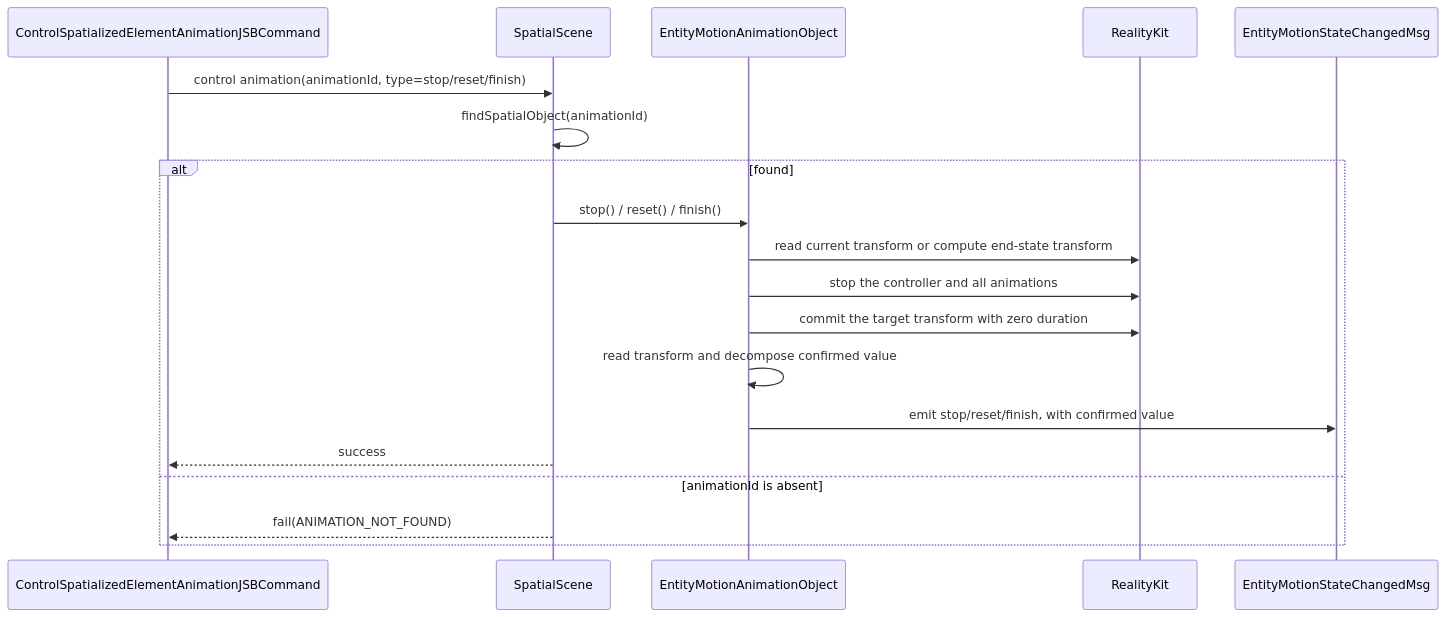
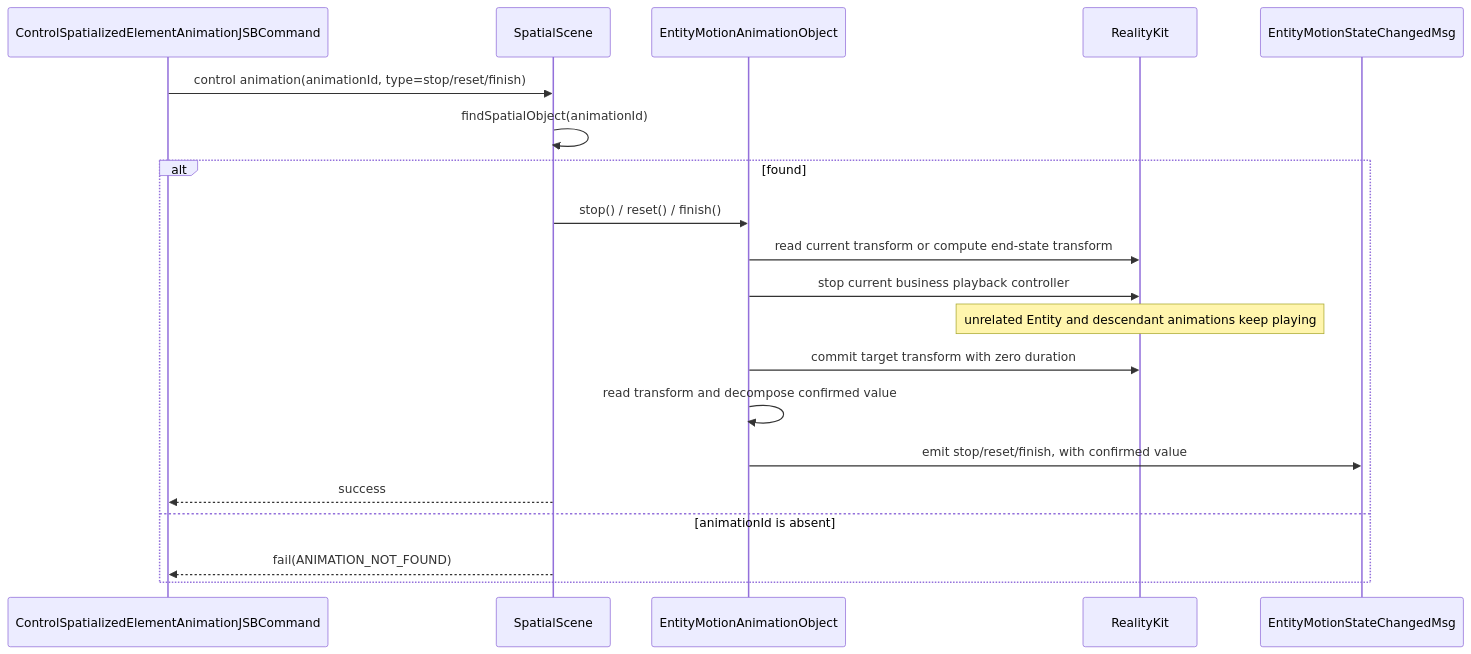
Diagram 13 of 14 in openspec/changes/redesign-entity-motion-api/design.md (webspatial/webspatial-sdk), drawn with Mermaid before and after one commit. The commit also changed other lines of this file and 5 other files, not shown here.

Commit message:
docs(openspec): scope entity motion controller cleanup

````diff
--- a/openspec/changes/redesign-entity-motion-api/design.md
+++ b/openspec/changes/redesign-entity-motion-api/design.md
@@ -1112,22 +1110,23 @@
 ```mermaid
 sequenceDiagram
     participant JSB as ControlSpatializedElementAnimationJSBCommand
     participant Scene as SpatialScene
     participant Obj as EntityMotionAnimationObject
     participant RK as RealityKit
     participant Event as EntityMotionStateChangedMsg
 
     JSB->>Scene: control animation(animationId, type=stop/reset/finish)
     Scene->>Scene: findSpatialObject(animationId)
     alt found
         Scene->>Obj: stop() / reset() / finish()
         Obj->>RK: read current transform or compute end-state transform
-        Obj->>RK: stop the controller and all animations
-        Obj->>RK: commit the target transform with zero duration
+        Obj->>RK: stop current business playback controller
+        Note over RK: unrelated Entity and descendant animations keep playing
+        Obj->>RK: commit target transform with zero duration
         Obj->>Obj: read transform and decompose confirmed value
         Obj->>Event: emit stop/reset/finish, with confirmed value
         Scene-->>JSB: success
     else animationId is absent
         Scene-->>JSB: fail(ANIMATION_NOT_FOUND)
     end
 ```
````
